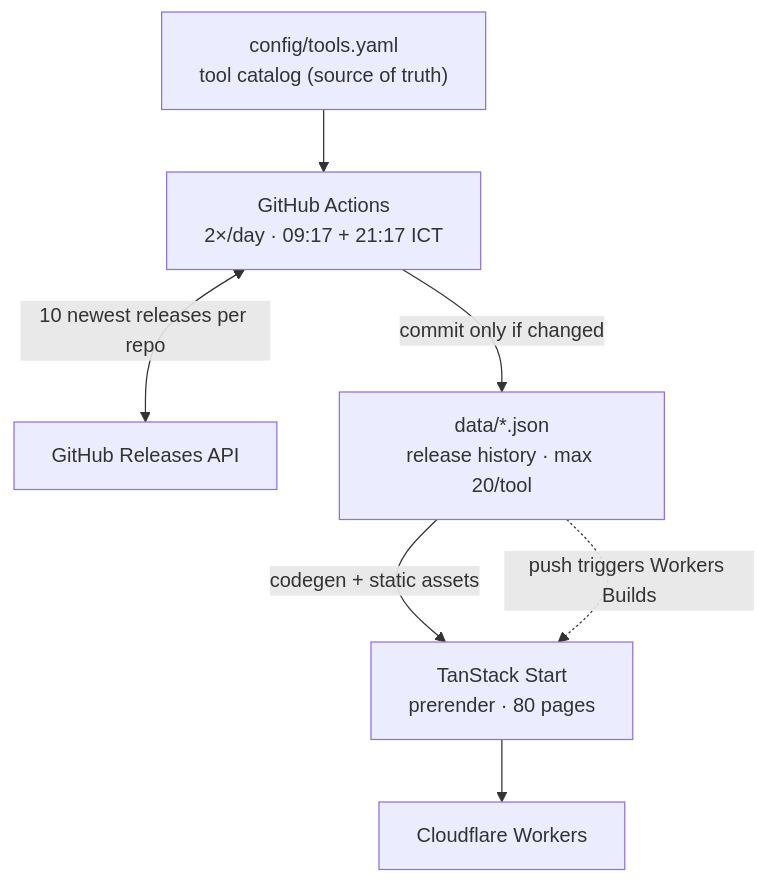
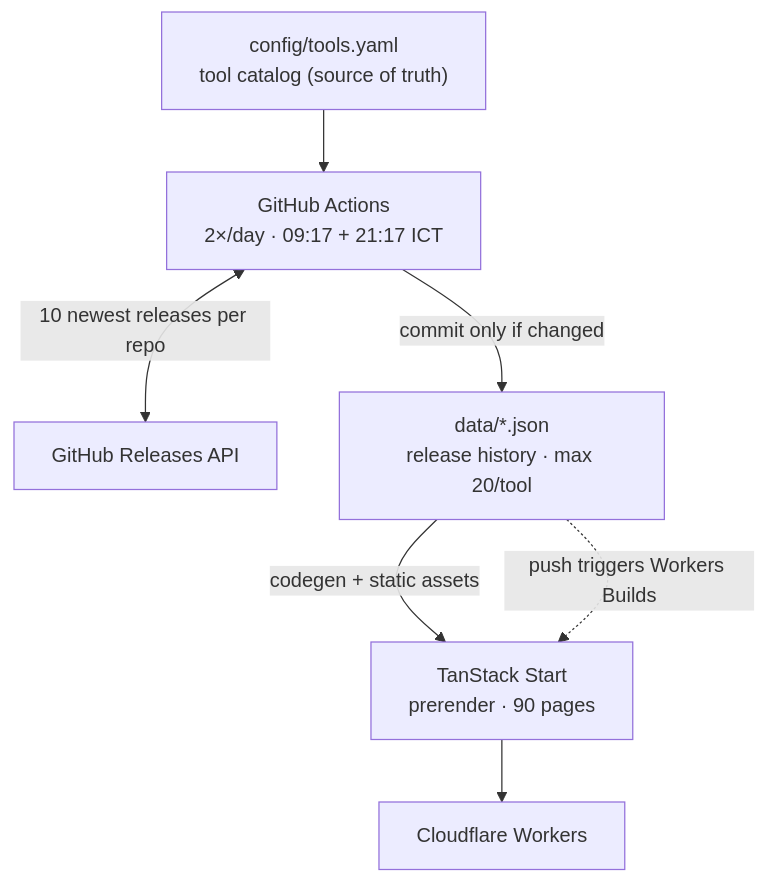
Before and after one commit to duynhlab/release-radar: the diagram in README.md, drawn with Mermaid. The commit also changed other lines of this file and 18 other files, not shown here.

````diff
--- a/README.md
+++ b/README.md
@@ -6,16 +6,16 @@
 ```mermaid
 flowchart TD
     catalog["config/tools.yaml<br/>tool catalog (source of truth)"]
     sync["GitHub Actions<br/>2×/day · 09:17 + 21:17 ICT"]
     api["GitHub Releases API"]
     data["data/*.json<br/>release history · max 20/tool"]
-    build["TanStack Start<br/>prerender · 80 pages"]
+    build["TanStack Start<br/>prerender · 90 pages"]
     cf["Cloudflare Workers"]
 
     catalog --> sync
     sync <-->|"10 newest releases per repo"| api
     sync -->|"commit only if changed"| data
     data -->|"codegen + static assets"| build
     build --> cf
     data -.->|"push triggers Workers Builds"| build
 ```
````
